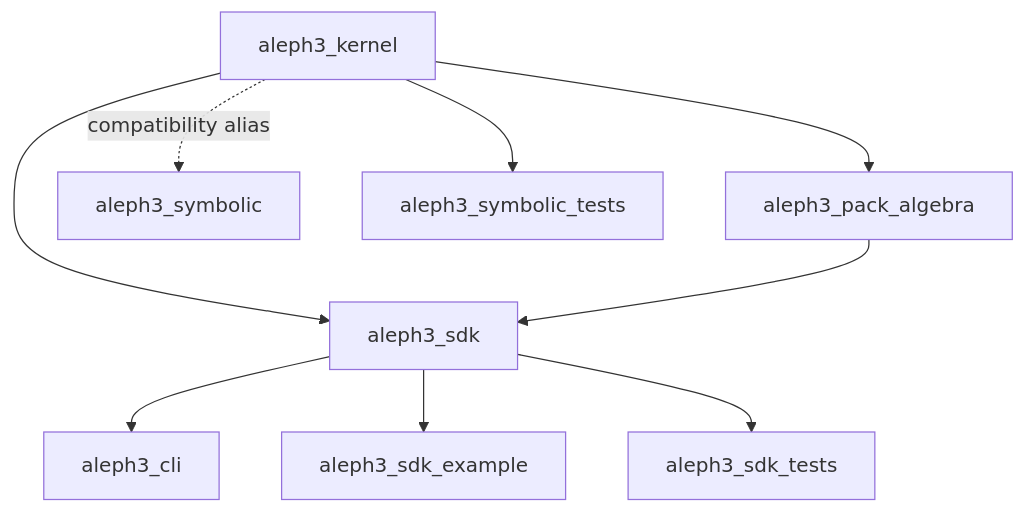
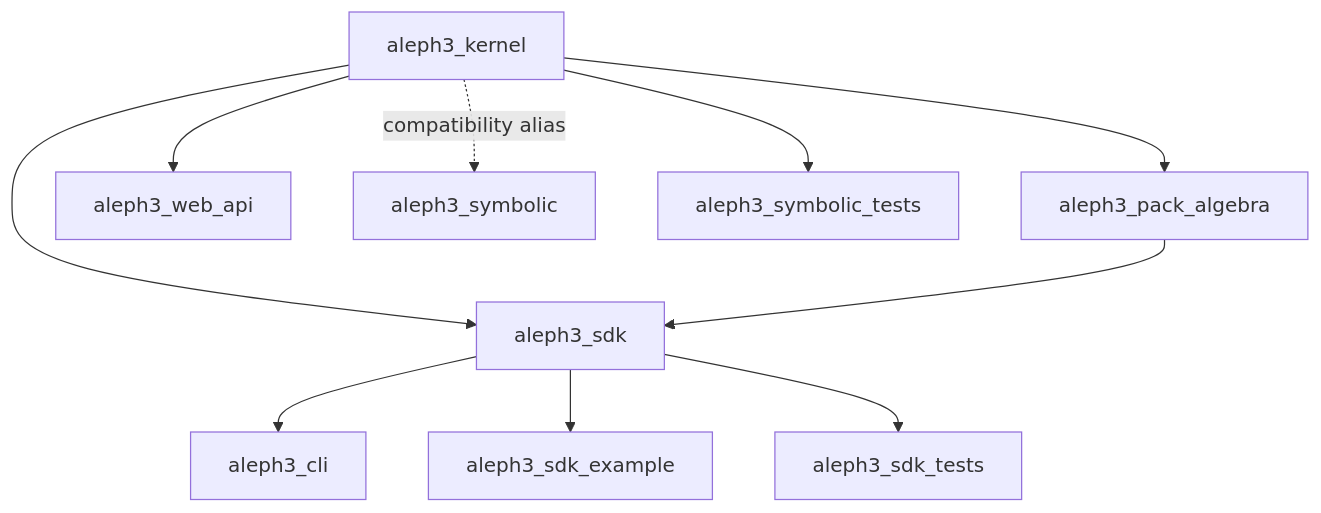
One commit to sergiorf/aleph3 changed the sixth of 7 diagrams in docs/architecture.md. Above: the diagram before and after it, drawn with Mermaid. The commit also changed other lines of this file and 9 other files, not shown here.

Commit message:
first web api

````diff
--- a/docs/architecture.md
+++ b/docs/architecture.md
@@ -247,11 +250,12 @@
 ```mermaid
 flowchart TD
     Kernel["aleph3_kernel"] --> SDK["aleph3_sdk"]
     Kernel --> Algebra["aleph3_pack_algebra"]
     Algebra --> SDK
+    Kernel --> WebApi["aleph3_web_api"]
     Kernel -. compatibility alias .-> Symbolic["aleph3_symbolic"]
     SDK --> CLI["aleph3_cli"]
     SDK --> Example["aleph3_sdk_example"]
     Kernel --> KernelTests["aleph3_symbolic_tests"]
     SDK --> SDKTests["aleph3_sdk_tests"]
 ```
````
